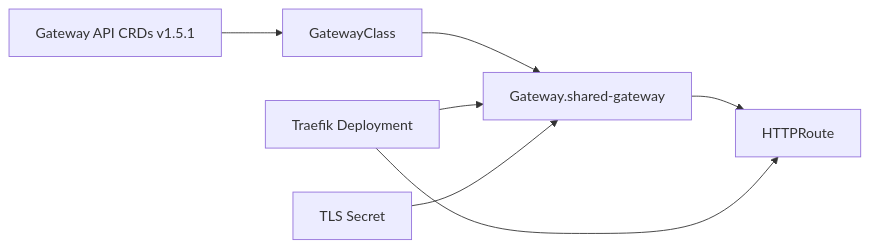
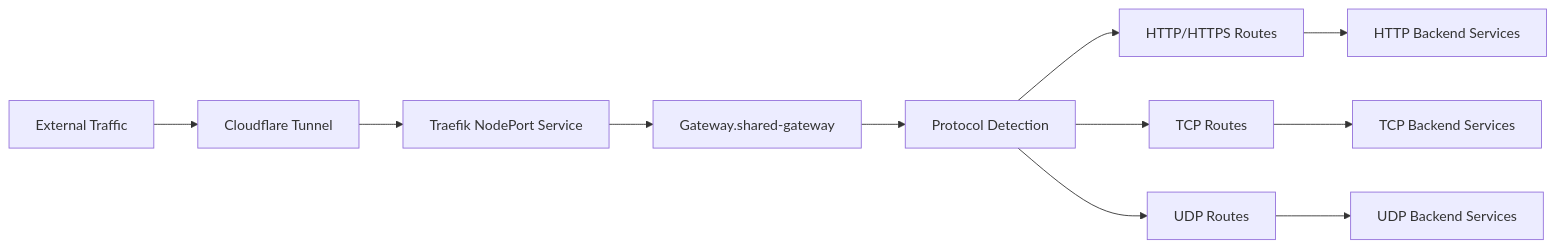
The seventh of 7 diagrams in .qoder/repowiki/en/content/Infrastructure Applications/Gateway API Controller.md (Hoangvu75/k8s_manifest), drawn with Mermaid before and after one commit. The commit also changed other lines of this file and 7 other files, not shown here.

First line of the commit message:
fix: add Traefik CRDs (IngressRouteTCP, IngressRouteUDP, etc.)

````diff
--- a/.qoder/repowiki/en/content/Infrastructure Applications/Gateway API Controller.md
+++ b/.qoder/repowiki/en/content/Infrastructure Applications/Gateway API Controller.md
@@ -323,9 +359,13 @@
 ```mermaid
-graph LR
-CRDs["Gateway API CRDs v1.5.1"] --> GC["GatewayClass"]
-GC --> GW["Gateway.shared-gateway"]
-GW --> HR["HTTPRoute"]
-TR["Traefik Deployment"] --> GW
-TR --> HR
-CERT["TLS Secret"] --> GW
+flowchart LR
+A["External Traffic"] --> B["Cloudflare Tunnel"]
+B --> C["Traefik NodePort Service"]
+C --> D["Gateway.shared-gateway"]
+D --> E["Protocol Detection"]
+E --> F["HTTP/HTTPS Routes"]
+E --> G["TCP Routes"]
+E --> H["UDP Routes"]
+F --> I["HTTP Backend Services"]
+G --> J["TCP Backend Services"]
+H --> K["UDP Backend Services"]
 ```
````
